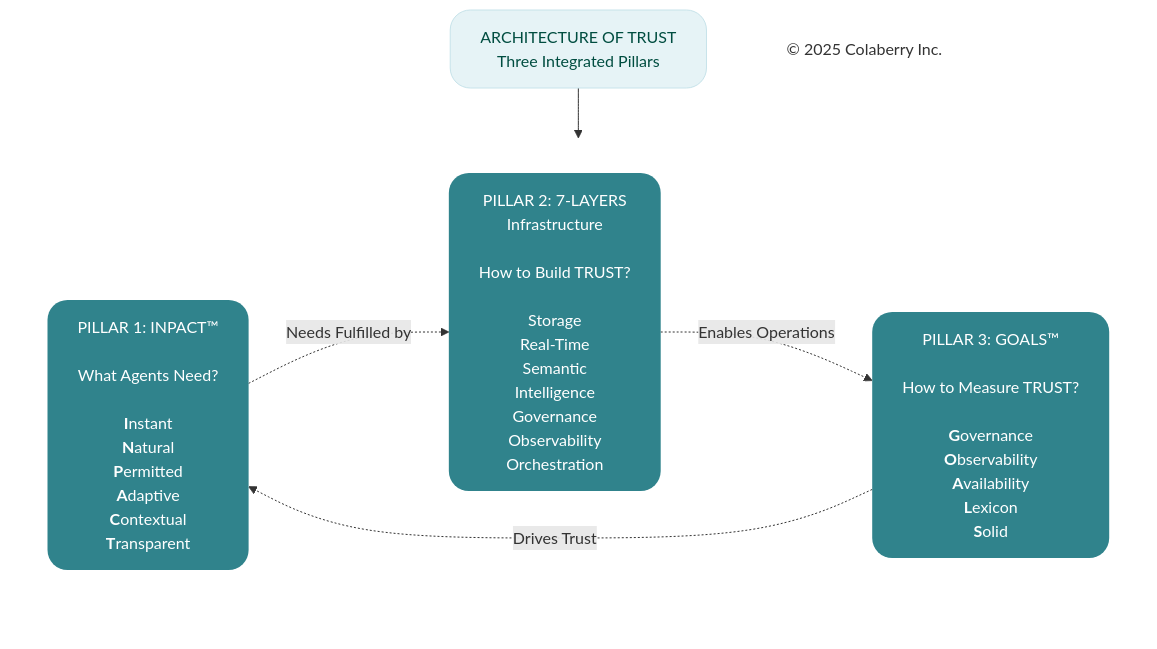
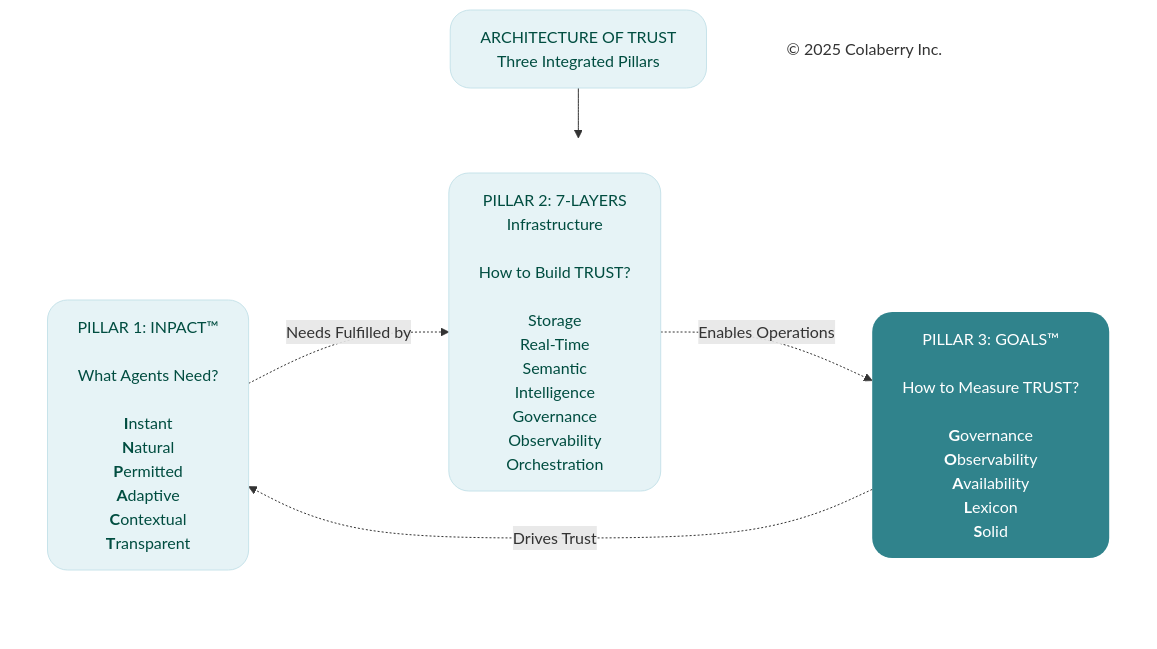
Before and after one commit to saitejesh-cyber/trust-before-intelligence-book: the diagram in mermaid-source/figure-7-2.mmd, drawn with Mermaid. The commit also changed 5 other files, not shown here.

```diff
--- a/mermaid-source/figure-7-2.mmd
+++ b/mermaid-source/figure-7-2.mmd
@@ -1,27 +1,27 @@
 
 graph TB
     Title["ARCHITECTURE OF TRUST<br/>Three Integrated Pillars"]
     
     subgraph PILLARS[" "]
         direction LR
         INPACT["PILLAR 1: INPACT™<br/><br/>What Agents Need?<br/><br/><b>I</b>nstant<br/><b>N</b>atural<br/><b>P</b>ermitted<br/><b>A</b>daptive<br/><b>C</b>ontextual<br/><b>T</b>ransparent"]
         
         Layers["PILLAR 2: 7-LAYERS<br/>Infrastructure<br/><br/>How to Build TRUST?<br/><br/>Storage<br/>Real-Time<br/>Semantic<br/>Intelligence<br/>Governance<br/>Observability<br/>Orchestration"]
         
         GOALS["PILLAR 3: GOALS™<br/><br/>How to Measure TRUST?<br/><br/><b>G</b>overnance<br/><b>O</b>bservability<br/><b>A</b>vailability<br/><b>L</b>exicon<br/><b>S</b>olid"]
     end
     
     Copyright["© 2025 Colaberry Inc."]
     
     Title --> PILLARS
     
     INPACT -.->|"Needs Fulfilled by"| Layers
     Layers -.->|"Enables Operations"| GOALS
     GOALS -.->|"Drives Trust"| INPACT
     
     style Title fill:#e6f3f6,stroke:#c7e3ea,stroke-width:1px,color:#004d40,rx:20,ry:20
     style PILLARS fill:none,stroke:none
-    style INPACT fill:#30838C,stroke:none,color:#ffffff,rx:20,ry:20
-    style Layers fill:#30838C,stroke:none,color:#ffffff,rx:20,ry:20
+    style INPACT fill:#e6f3f6,stroke:#c7e3ea,stroke-width:1px,color:#004d40,rx:20,ry:20
+    style Layers fill:#e6f3f6,stroke:#c7e3ea,stroke-width:1px,color:#004d40,rx:20,ry:20
     style GOALS fill:#30838C,stroke:none,color:#ffffff,rx:20,ry:20
     style Copyright fill:none,stroke:none,color:#333333
```
